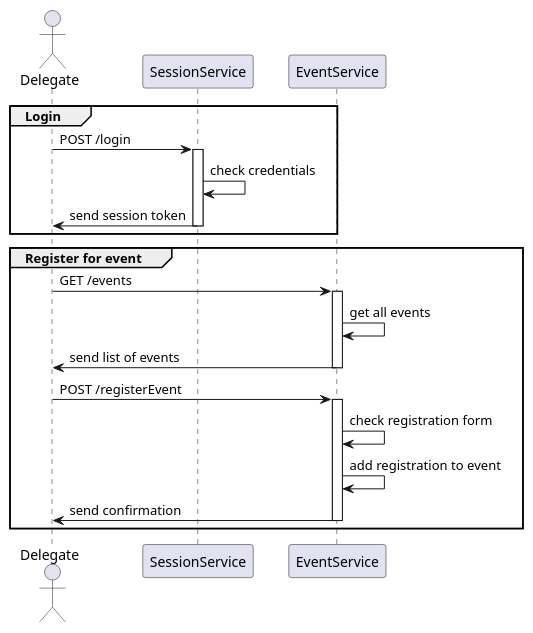
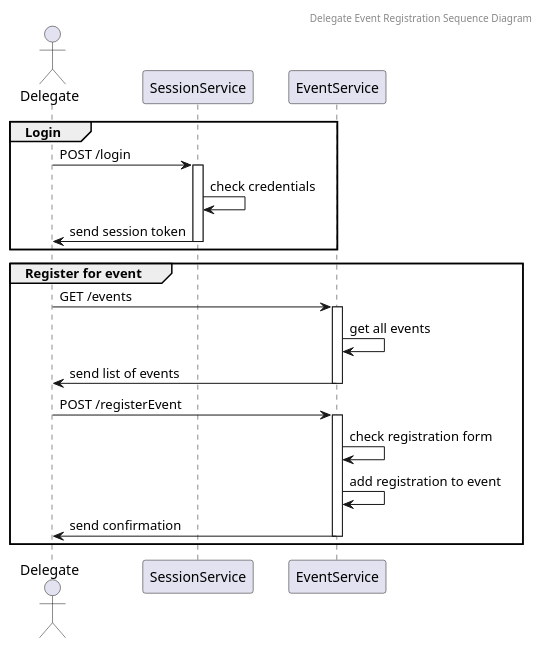
One commit to CSC-40084-Group-7/BMI2-UML changed the diagram in SequenceDiagrams/SequenceDiagram.puml. Above: the diagram before and after it, drawn with PlantUML. The commit also changed 1 other file, not shown here.

Commit message:
add sequence

```diff
--- a/SequenceDiagrams/SequenceDiagram.puml
+++ b/SequenceDiagrams/SequenceDiagram.puml
@@ -1,39 +1,31 @@
 @startuml DelegateRegistration
 
-/'
-This diagram shows the sequence of events when a new registration for an event is sent by a Delegate. We assume that there are two microservices,
-SessionService and EventService, which are responsible for handling the requests. The Delegate sends a POST request to the SessionService to login.
-The SessionService checks the credentials and sends a session token back to the Delegate. The Delegate then sends a GET request to the EventService
-to get all events. The EventService sends a list of all events back to the Delegate. The Delegate then sends a POST request to the EventService to
-register for an event. The EventService checks the registration form and adds the registration to the event. The EventService then sends a confirmation
-back to the Delegate.
-
-'/
+header Delegate Event Registration Sequence Diagram
 
 actor Delegate
 participant "SessionService" as SS
 participant "EventService" as ES
 
 group Login
 Delegate -> SS: POST /login
 activate SS
 SS -> SS: check credentials
 SS -> Delegate: send session token
 deactivate SS
 end
 
 group Register for event
 Delegate -> ES: GET /events
 activate ES
 ES -> ES: get all events
 ES -> Delegate: send list of events
 deactivate ES
 Delegate -> ES: POST /registerEvent 
 activate ES
 ES -> ES: check registration form
 ES -> ES: add registration to event
 ES -> Delegate: send confirmation
 deactivate ES
 end
 
 @enduml
```
